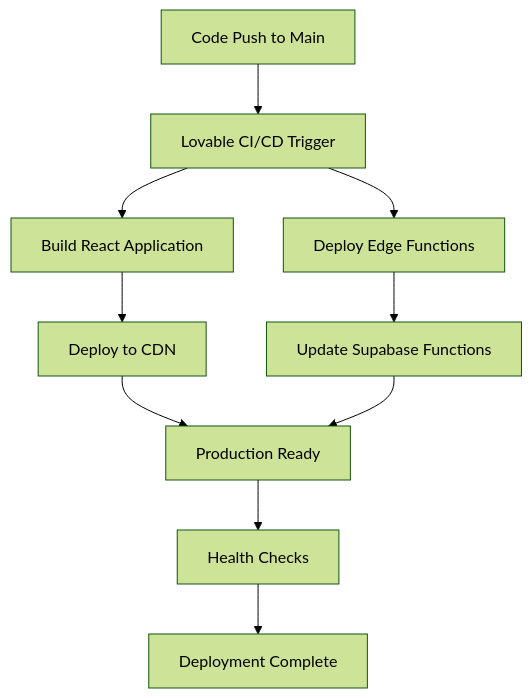
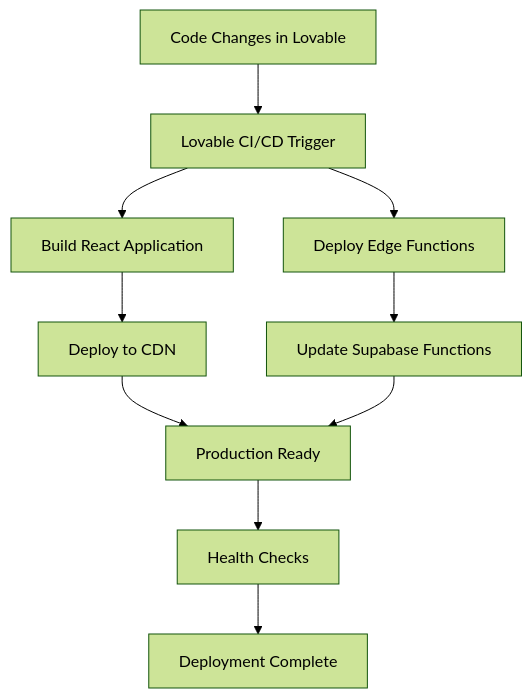
One commit to Cradcliff187/work-order-canvas-pro changed the diagram in docs/DEPLOYMENT.md. Above: the diagram before and after it, drawn with Mermaid (forest theme). The commit also changed other lines of this file and 4 other files, not shown here.

````diff
--- a/docs/DEPLOYMENT.md
+++ b/docs/DEPLOYMENT.md
@@ -13,13 +56,13 @@
 ```mermaid
 graph TD
-    A[Code Push to Main] --> B[Lovable CI/CD Trigger]
+    A[Code Changes in Lovable] --> B[Lovable CI/CD Trigger]
     B --> C[Build React Application]
     B --> D[Deploy Edge Functions]
     C --> E[Deploy to CDN]
     D --> F[Update Supabase Functions]
     E --> G[Production Ready]
     F --> G
     
     G --> H[Health Checks]
     H --> I[Deployment Complete]
 ```
````
